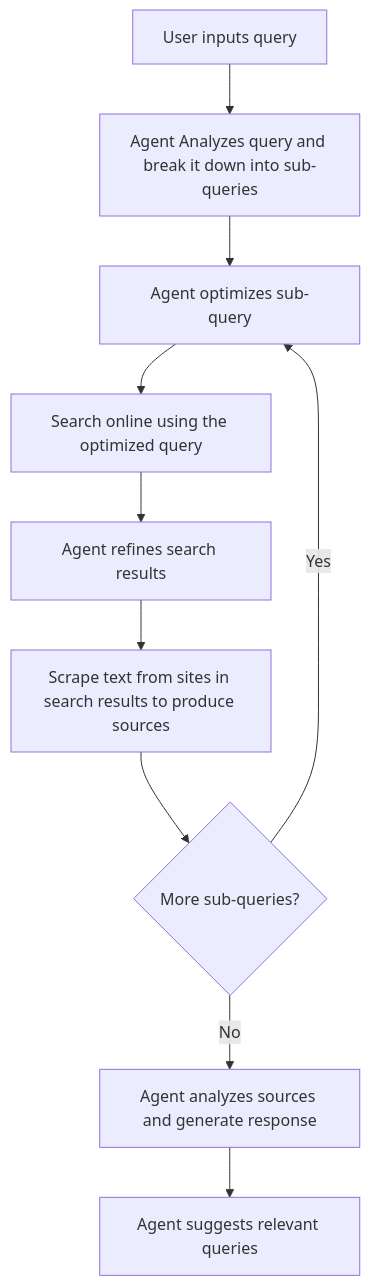
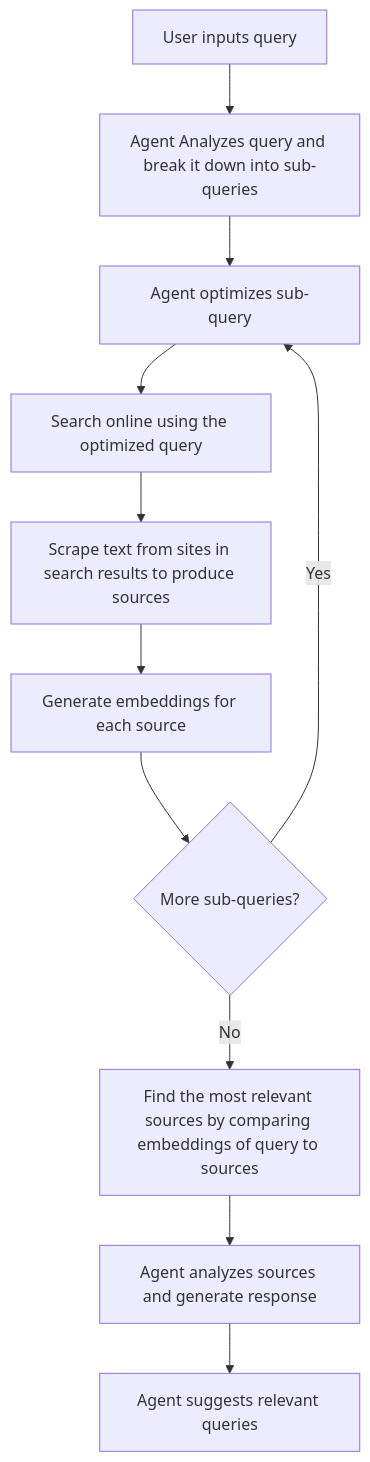
The diagram in README.md (harryeqs/lenze), drawn with Mermaid before and after one commit. The commit also changed 7 other files, not shown here.

````diff
--- a/README.md
+++ b/README.md
@@ -28,12 +28,13 @@
 ```mermaid
 graph TB;
     A[User inputs query] --> B[Agent Analyzes query and break it down into sub-queries]
     B --> C[Agent optimizes sub-query]
     C --> D[Search online using the optimized query]
-    D --> E[Agent refines search results]
-    E --> F[Scrape text from sites in search results to produce sources]
+    D --> E[Scrape text from sites in search results to produce sources]
+    E --> F[Generate embeddings for each source]
     F --> G{More sub-queries?}
     G -- Yes --> C
-    G -- No --> H[Agent analyzes sources and generate response]
-    H --> I[Agent suggests relevant queries]
+    G -- No --> H[Find the most relevant sources by comparing embeddings of query to sources]
+    H --> I[Agent analyzes sources and generate response]
+    I --> J[Agent suggests relevant queries]
 ```
````
